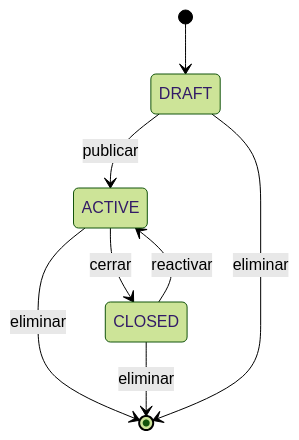
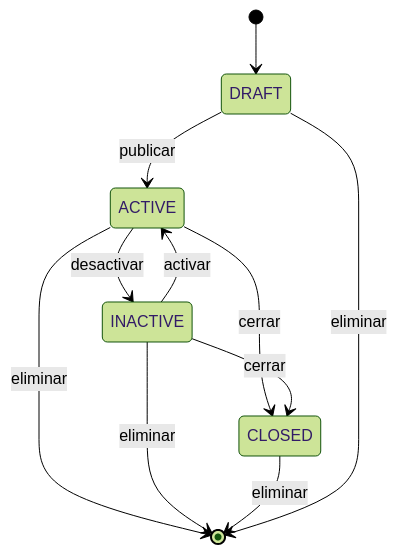
One commit to MaxiPerlo15/spa-rrhh changed the first of 5 diagrams in docs/academic/10-MAQUINAS-DE-ESTADO.md. Above: the diagram before and after it, drawn with Mermaid (forest theme). The commit also changed 391 other files, not shown here.

````diff
--- a/docs/academic/10-MAQUINAS-DE-ESTADO.md
+++ b/docs/academic/10-MAQUINAS-DE-ESTADO.md
@@ -5,10 +5,13 @@
 ```mermaid
 stateDiagram-v2
   [*] --> DRAFT
   DRAFT --> ACTIVE: publicar
+  ACTIVE --> INACTIVE: desactivar
+  INACTIVE --> ACTIVE: activar
   ACTIVE --> CLOSED: cerrar
-  CLOSED --> ACTIVE: reactivar
+  INACTIVE --> CLOSED: cerrar
   ACTIVE --> [*]: eliminar
+  INACTIVE --> [*]: eliminar
   CLOSED --> [*]: eliminar
   DRAFT --> [*]: eliminar
 ```
````
